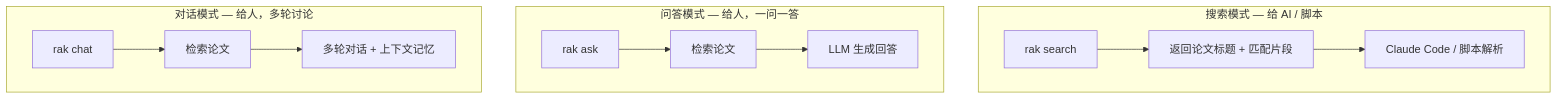
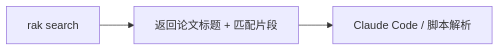
One commit to Agents365-ai/zotero-rag-cli changed the second of 7 diagrams in README.md. Above: the diagram before and after it, drawn with Mermaid. The commit also changed other lines of this file and 1 other file, not shown here.

Commit message:
docs: split three modes into separate flow diagrams

````diff
--- a/README.md
+++ b/README.md
@@ -22,17 +22,4 @@
 ```mermaid
-graph TD
-    subgraph "搜索模式 — 给 AI / 脚本"
-        S1[rak search] --> S2[返回论文标题 + 匹配片段]
-        S2 --> S3[Claude Code / 脚本解析]
-    end
-
-    subgraph "问答模式 — 给人，一问一答"
-        A1[rak ask] --> A2[检索论文]
-        A2 --> A3[LLM 生成回答]
-    end
-
-    subgraph "对话模式 — 给人，多轮讨论"
-        C1[rak chat] --> C2[检索论文]
-        C2 --> C3[多轮对话 + 上下文记忆]
-    end
+graph LR
+    S1[rak search] --> S2[返回论文标题 + 匹配片段] --> S3[Claude Code / 脚本解析]
 ```
````
